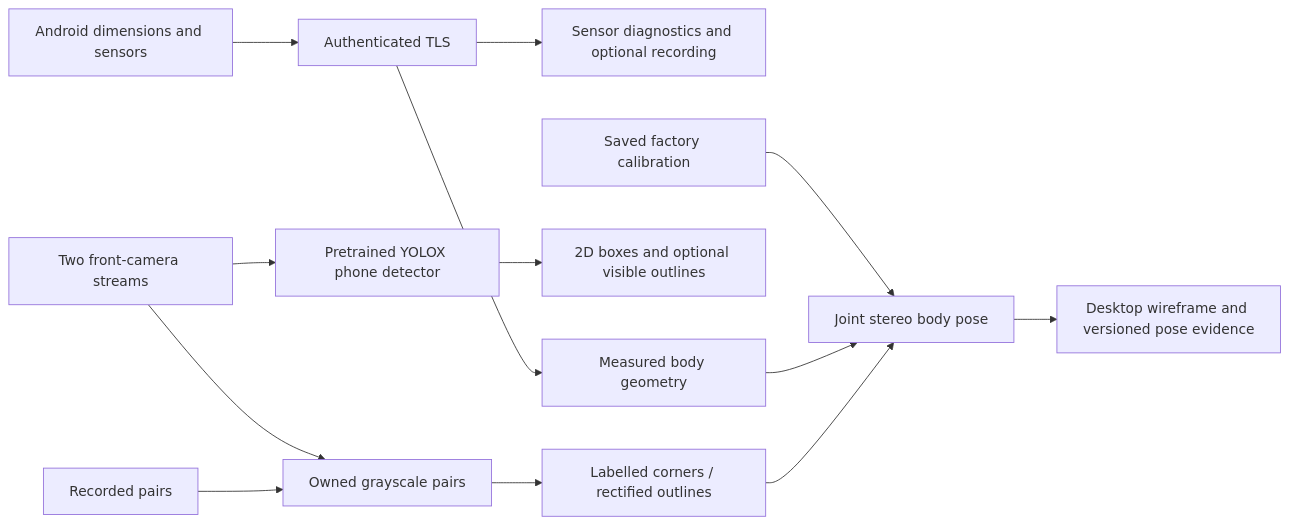
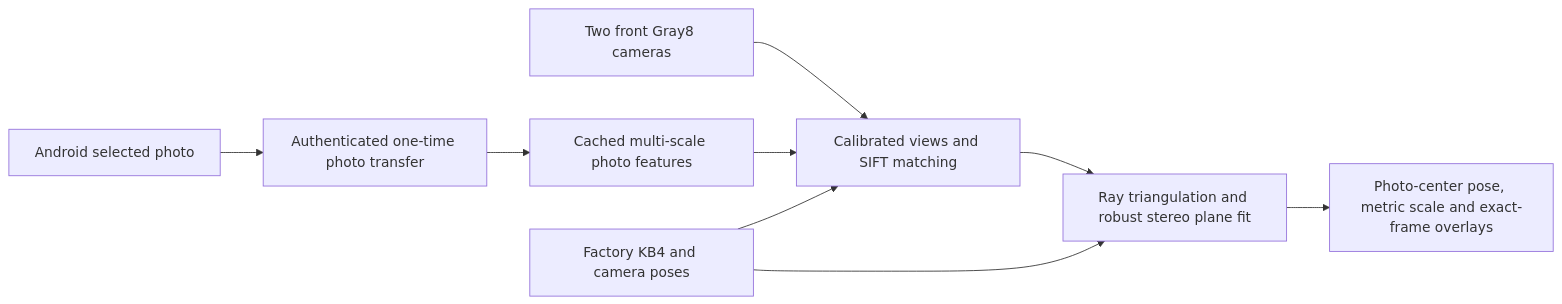
One commit to MarkEScheidker/FramePhone changed the diagram in frame/docs/ARCHITECTURE.md. Above: the diagram before and after it, drawn with Mermaid. The commit also changed other lines of this file and 78 other files, not shown here.

Commit message:
Add fixed-photo stereo tracking with calibrated fisheye rays

````diff
--- a/frame/docs/ARCHITECTURE.md
+++ b/frame/docs/ARCHITECTURE.md
@@ -8,15 +8,11 @@
 ```mermaid
 flowchart LR
-    Phone[Android dimensions and sensors] --> TLS[Authenticated TLS]
-    TLS --> Telemetry[Sensor diagnostics and optional recording]
-    TLS --> Body[Measured body geometry]
-    Camera[Two front-camera streams] --> Frames[Owned grayscale pairs]
-    Camera --> Detector[Pretrained YOLOX phone detector]
-    Detector --> Detection[2D boxes and optional visible outlines]
-    Replay[Recorded pairs] --> Frames
-    Frames --> Edges[Labelled corners / rectified outlines]
-    Calibration[Saved factory calibration] --> Pose[Joint stereo body pose]
-    Body --> Pose
-    Edges --> Pose
-    Pose --> Output[Desktop wireframe and versioned pose evidence]
+    Phone[Android selected photo] --> TLS[Authenticated one-time photo transfer]
+    TLS --> Reference[Cached multi-scale photo features]
+    Camera[Two front Gray8 cameras] --> Matcher[Calibrated views and SIFT matching]
+    Reference --> Matcher
+    Calibration[Factory KB4 and camera poses] --> Matcher
+    Matcher --> Solver[Ray triangulation and robust stereo plane fit]
+    Calibration --> Solver
+    Solver --> Output[Photo-center pose, metric scale and exact-frame overlays]
 ```
````
